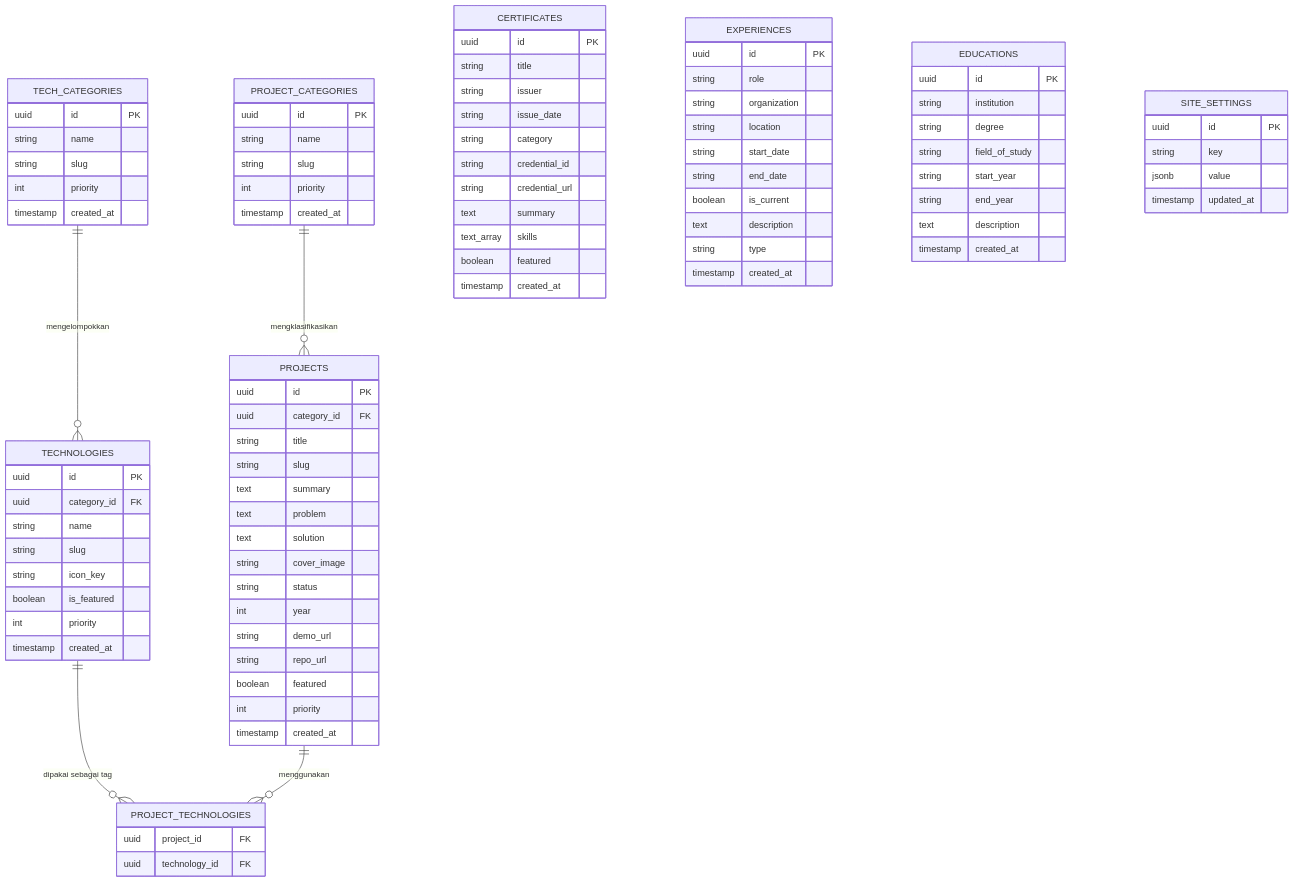
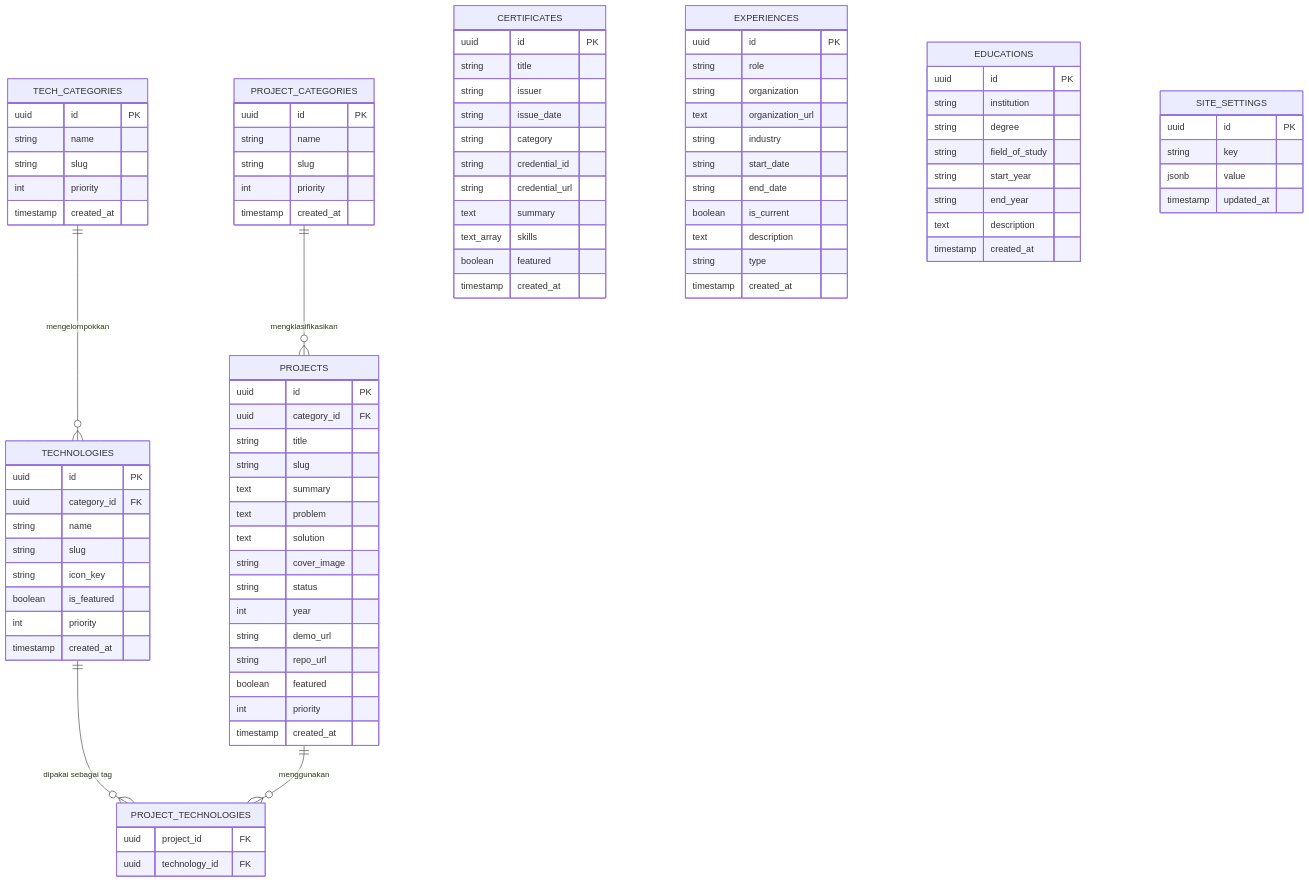
Before and after one commit to ryzecl/portfolio-web: the diagram in docs/learn/roadmap.md, drawn with Mermaid. The commit also changed other lines of this file and 57 other files, not shown here.

```diff
--- a/docs/learn/roadmap.md
+++ b/docs/learn/roadmap.md
@@ -99,7 +99,8 @@
         uuid id PK
         string role
         string organization
-        string location
+        text organization_url
+        string industry
         string start_date
         string end_date
         boolean is_current
```
